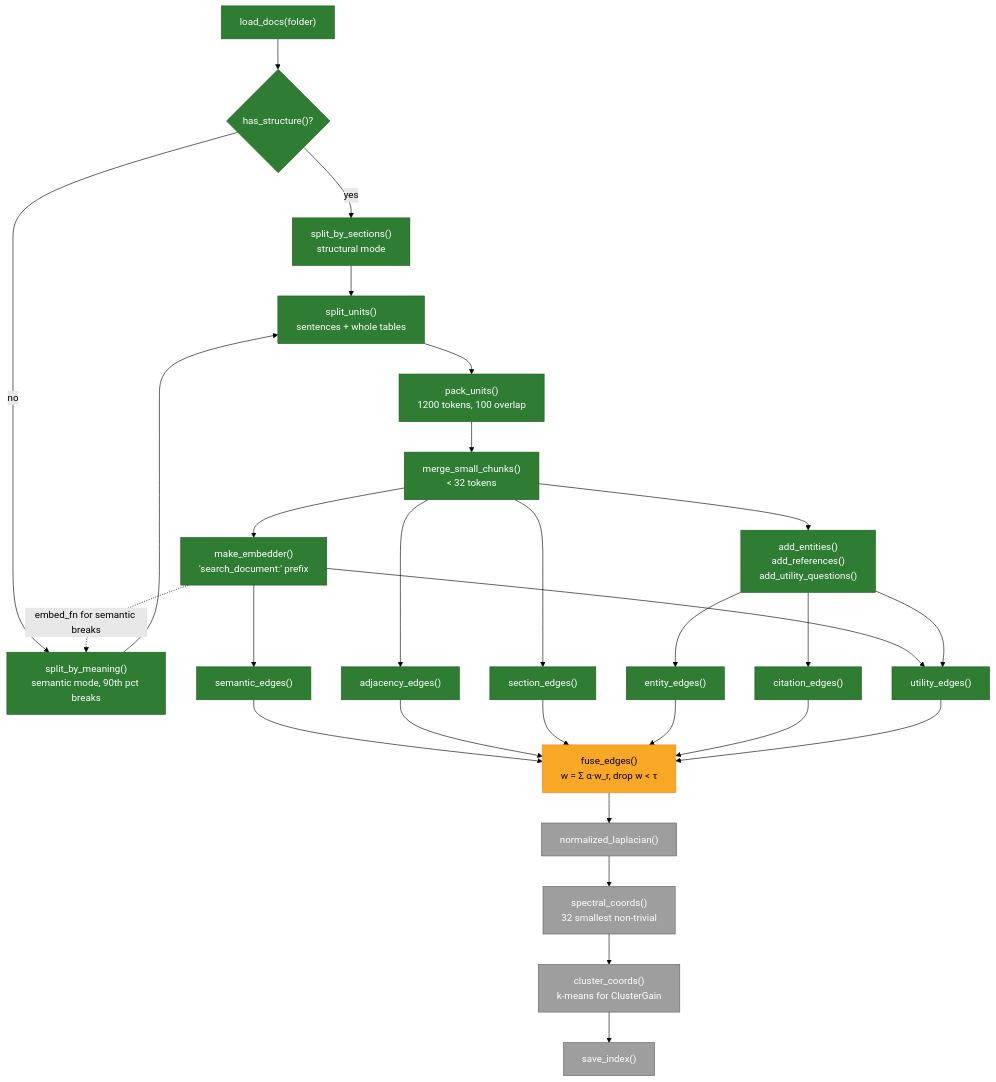
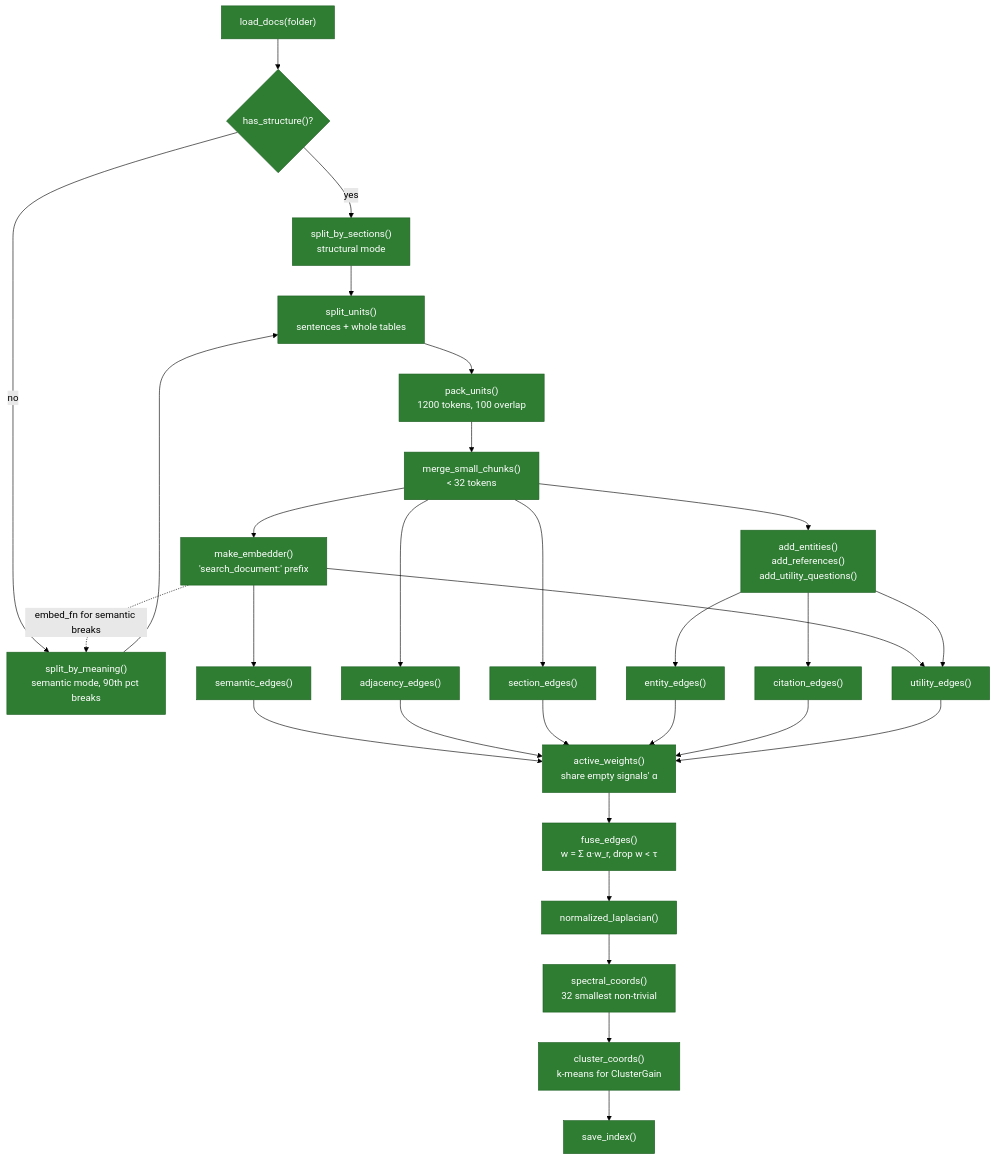
One commit to aion7891/Spect-RAG changed the second of 10 diagrams in README.md. Above: the diagram before and after it, drawn with Mermaid (forest theme). The commit also changed other lines of this file and 9 other files, not shown here.

Commit message:
feat: Phase 6 – weighted chunk graph, spectral coordinates, clusters and SpectRAGIngestion

````diff
--- a/README.md
+++ b/README.md
@@ -190,28 +191,29 @@
 ```mermaid
 flowchart TD
     A["load_docs(folder)"]:::done --> B{"has_structure()?"}:::done
     B -- yes --> C["split_by_sections()<br/>structural mode"]:::done
     B -- no --> D["split_by_meaning()<br/>semantic mode, 90th pct breaks"]:::done
     C --> U["split_units()<br/>sentences + whole tables"]:::done
     D --> U
     U --> E["pack_units()<br/>1200 tokens, 100 overlap"]:::done
     E --> F["merge_small_chunks()<br/>&lt; 32 tokens"]:::done
     F --> G["make_embedder()<br/>'search_document:' prefix"]:::done
     G -. "embed_fn for semantic breaks" .-> D
     F --> X1["add_entities()<br/>add_references()<br/>add_utility_questions()"]:::done
     G --> H1["semantic_edges()"]:::done
     G --> H6["utility_edges()"]:::done
     F --> H2["adjacency_edges()"]:::done
     F --> H3["section_edges()"]:::done
     X1 --> H4["entity_edges()"]:::done
     X1 --> H5["citation_edges()"]:::done
     X1 --> H6
-    H1 & H2 & H3 & H4 & H5 & H6 --> I["fuse_edges()<br/>w = Σ α·w_r, drop w &lt; τ"]:::doing
-    I --> J["normalized_laplacian()"]:::todo
-    J --> K["spectral_coords()<br/>32 smallest non-trivial"]:::todo
-    K --> L["cluster_coords()<br/>k-means for ClusterGain"]:::todo
-    L --> M["save_index()"]:::todo
+    H1 & H2 & H3 & H4 & H5 & H6 --> AW["active_weights()<br/>share empty signals' α"]:::done
+    AW --> I["fuse_edges()<br/>w = Σ α·w_r, drop w &lt; τ"]:::done
+    I --> J["normalized_laplacian()"]:::done
+    J --> K["spectral_coords()<br/>32 smallest non-trivial"]:::done
+    K --> L["cluster_coords()<br/>k-means for ClusterGain"]:::done
+    L --> M["save_index()"]:::done
     classDef done fill:#2e7d32,color:#fff,stroke:#1b5e20
     classDef doing fill:#f9a825,color:#000,stroke:#f57f17
     classDef todo fill:#9e9e9e,color:#fff,stroke:#616161
 ```
````
